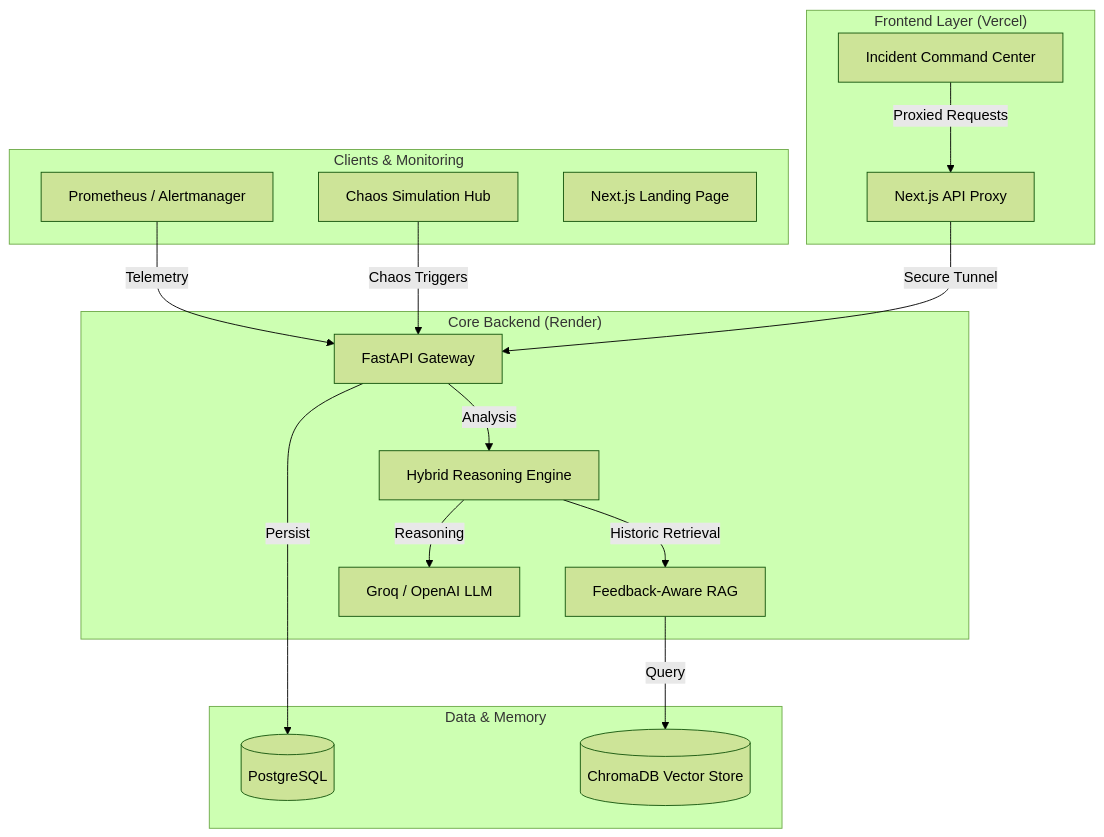
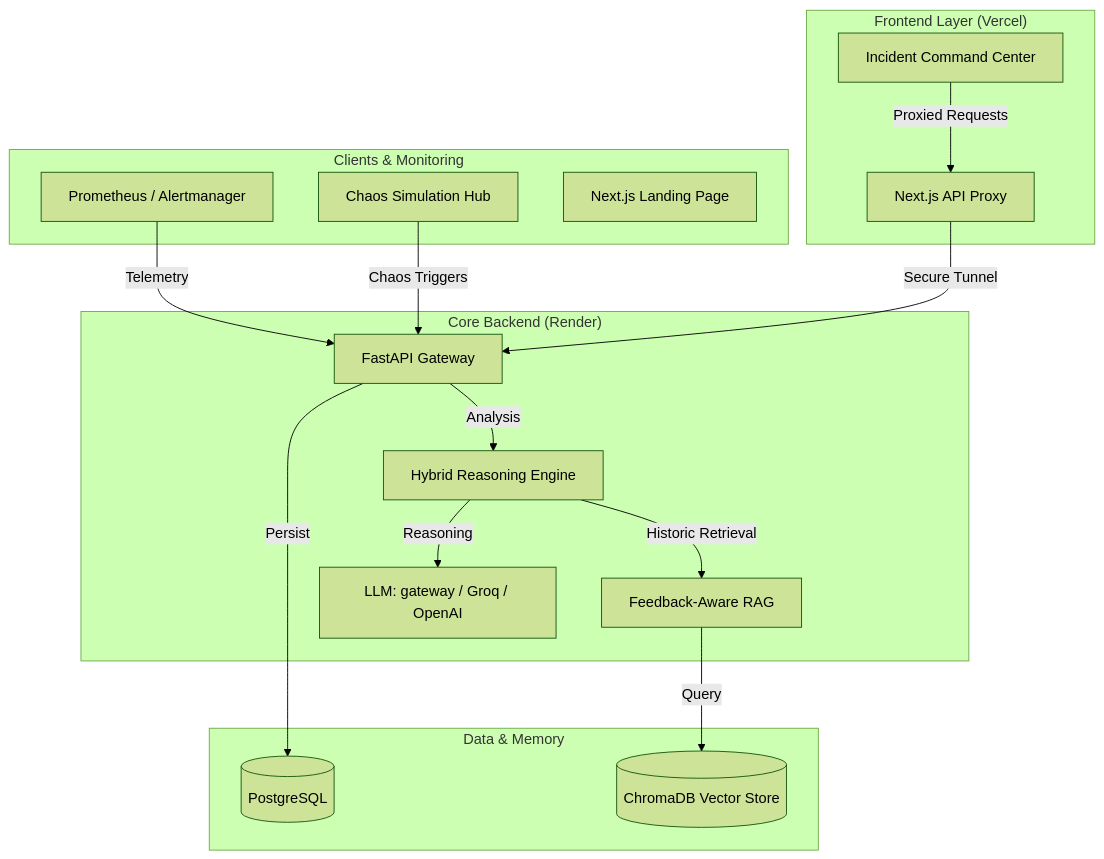
Before and after one commit to sujalmeena7/sentinel-sre: the diagram in README.md, drawn with Mermaid (forest theme). The commit also changed other lines of this file and 13 other files, not shown here.

````diff
--- a/README.md
+++ b/README.md
@@ -35,35 +35,35 @@
 ```mermaid
 graph TD
     subgraph "Clients & Monitoring"
         PR[Prometheus / Alertmanager]
         CH[Chaos Simulation Hub]
         WEB[Next.js Landing Page]
     end
 
     subgraph "Frontend Layer (Vercel)"
         DASH[Incident Command Center]
         PROXY[Next.js API Proxy]
     end
 
     subgraph "Core Backend (Render)"
         API[FastAPI Gateway]
         HYB[Hybrid Reasoning Engine]
         RAG[Feedback-Aware RAG]
-        LLM[Groq / OpenAI LLM]
+        LLM[LLM: gateway / Groq / OpenAI]
     end
 
     subgraph "Data & Memory"
         PG[(PostgreSQL)]
         VDB[(ChromaDB Vector Store)]
     end
 
     PR -- Telemetry --> API
     CH -- Chaos Triggers --> API
     API -- Analysis --> HYB
     HYB -- Historic Retrieval --> RAG
     RAG -- Query --> VDB
     API -- Persist --> PG
     HYB -- Reasoning --> LLM
     DASH -- Proxied Requests --> PROXY
     PROXY -- Secure Tunnel --> API
 ```
````
